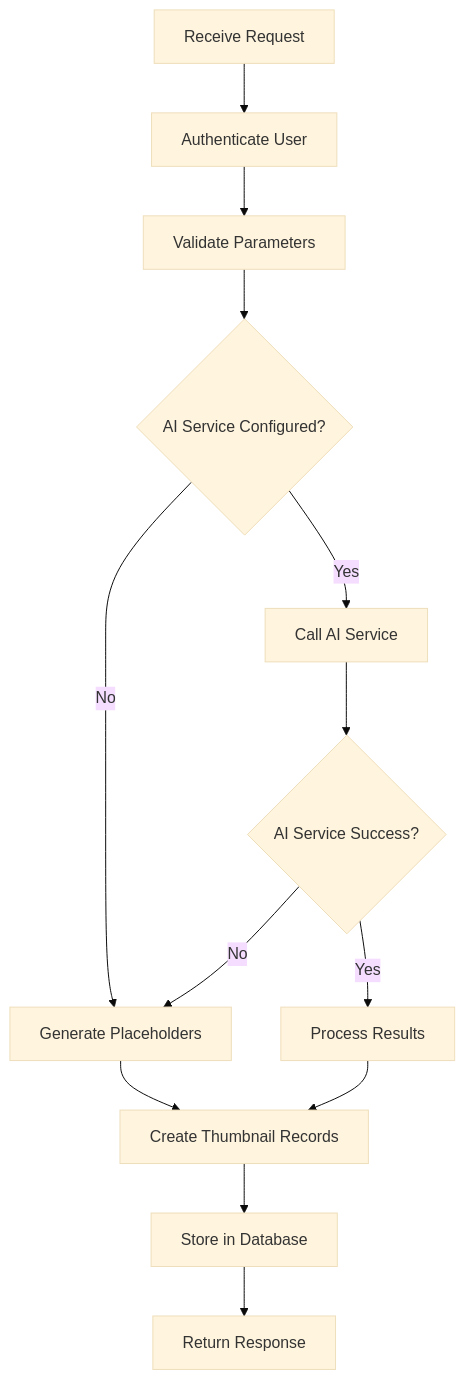
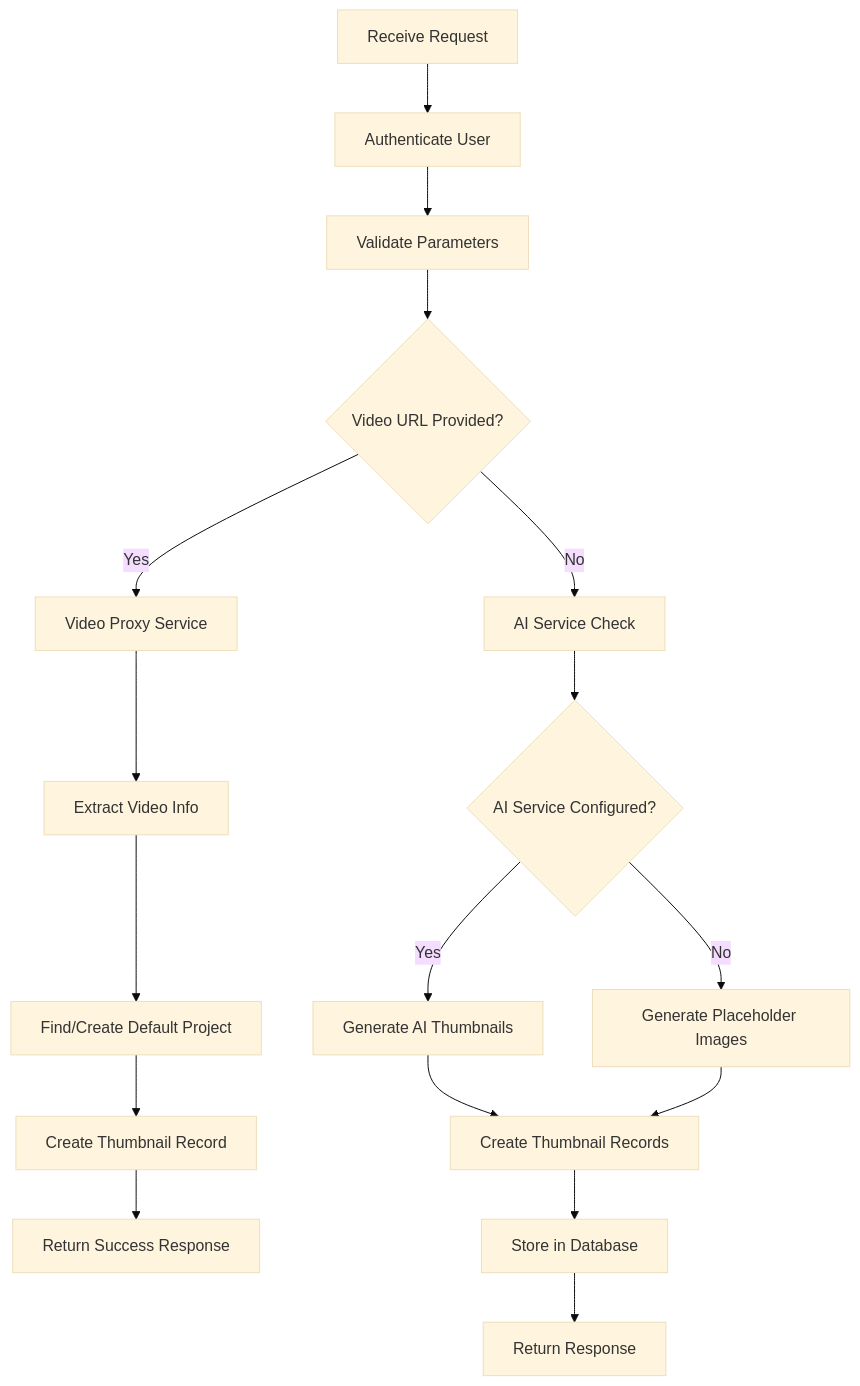
One commit to Brimstow/ThumPiks changed the third of 10 diagrams in .qoder/repowiki/en/content/AI & Image Processing/AI Thumbnail Generation Workflow.md. Above: the diagram before and after it, drawn with Mermaid (base theme). The commit also changed other lines of this file and 900 other files, not shown here.

````diff
--- a/.qoder/repowiki/en/content/AI & Image Processing/AI Thumbnail Generation Workflow.md
+++ b/.qoder/repowiki/en/content/AI & Image Processing/AI Thumbnail Generation Workflow.md
@@ -100,15 +131,19 @@
 ```mermaid
 flowchart TD
 A[Receive Request] --> B[Authenticate User]
 B --> C[Validate Parameters]
-C --> D{AI Service Configured?}
-D --> |Yes| E[Call AI Service]
-D --> |No| F[Generate Placeholders]
-E --> G{AI Service Success?}
-G --> |Yes| H[Process Results]
-G --> |No| F
-F --> I[Create Thumbnail Records]
-H --> I
-I --> J[Store in Database]
-J --> K[Return Response]
+C --> D{Video URL Provided?}
+D --> |Yes| E[Video Proxy Service]
+D --> |No| F[AI Service Check]
+E --> G[Extract Video Info]
+G --> H[Find/Create Default Project]
+H --> I[Create Thumbnail Record]
+I --> J[Return Success Response]
+F --> K{AI Service Configured?}
+K --> |Yes| L[Generate AI Thumbnails]
+K --> |No| M[Generate Placeholder Images]
+L --> N[Create Thumbnail Records]
+M --> N
+N --> O[Store in Database]
+O --> P[Return Response]
 ```
````
